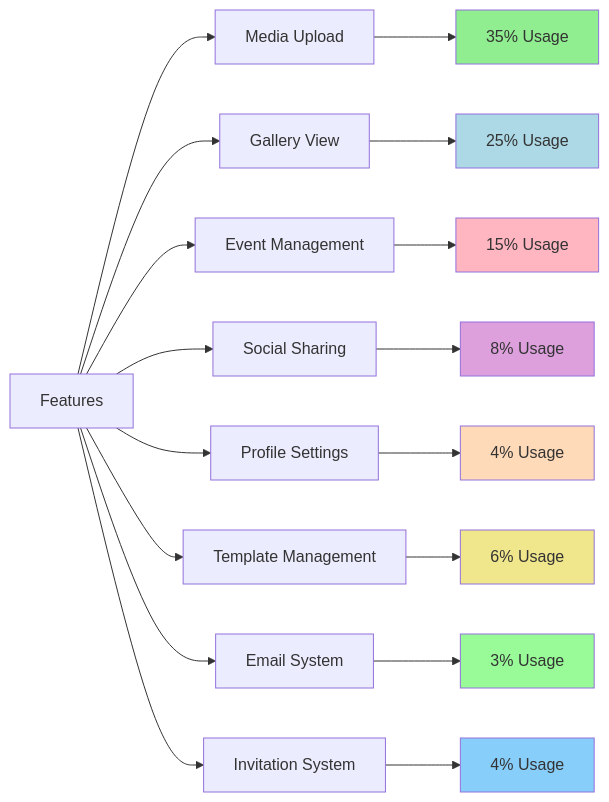
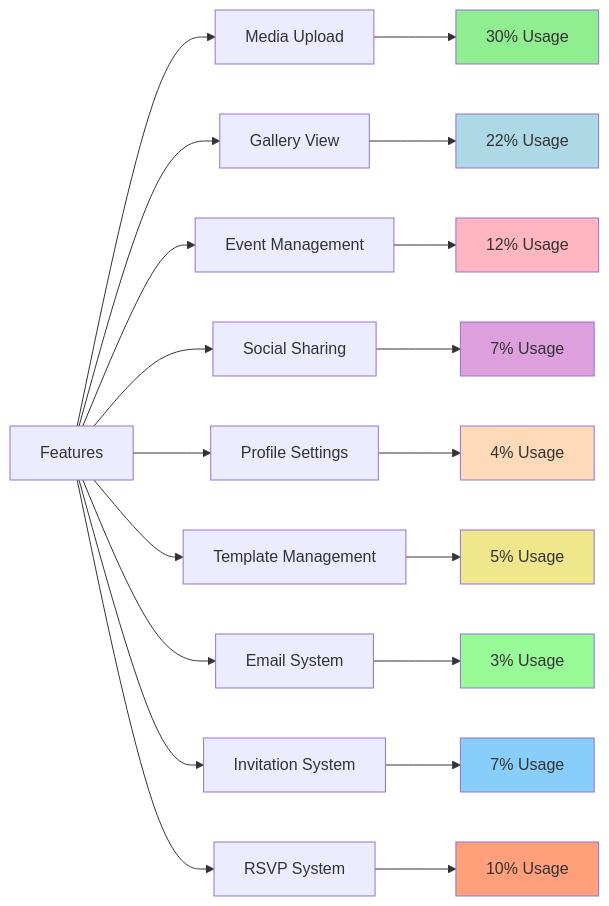
Before and after one commit to mrj0nesmtl/cloud-burst: the sixth of 6 diagrams in docs/user-flows/user_flow_overview.md, drawn with Mermaid. The commit also changed other lines of this file and 17 other files, not shown here.

````diff
--- a/docs/user-flows/user_flow_overview.md
+++ b/docs/user-flows/user_flow_overview.md
@@ -226,29 +310,32 @@
 ```mermaid
 graph LR
     A[Features] --> B[Media Upload]
     A --> C[Gallery View]
     A --> D[Event Management]
     A --> E[Social Sharing]
     A --> F[Profile Settings]
     A --> G[Template Management]
     A --> H[Email System]
     A --> I[Invitation System]
+    A --> J[RSVP System]
     
-    B --> J[35% Usage]
-    C --> K[25% Usage]
-    D --> L[15% Usage]
-    E --> M[8% Usage]
-    F --> N[4% Usage]
-    G --> O[6% Usage]
-    H --> P[3% Usage]
-    I --> Q[4% Usage]
+    B --> K[30% Usage]
+    C --> L[22% Usage]
+    D --> M[12% Usage]
+    E --> N[7% Usage]
+    F --> O[4% Usage]
+    G --> P[5% Usage]
+    H --> Q[3% Usage]
+    I --> R[7% Usage]
+    J --> S[10% Usage]
 
-    style J fill:#90EE90
-    style K fill:#ADD8E6
-    style L fill:#FFB6C1
-    style M fill:#DDA0DD
-    style N fill:#FFDAB9
-    style O fill:#F0E68C
-    style P fill:#98FB98
-    style Q fill:#87CEFA
+    style K fill:#90EE90
+    style L fill:#ADD8E6
+    style M fill:#FFB6C1
+    style N fill:#DDA0DD
+    style O fill:#FFDAB9
+    style P fill:#F0E68C
+    style Q fill:#98FB98
+    style R fill:#87CEFA
+    style S fill:#FFA07A
 ```
````
